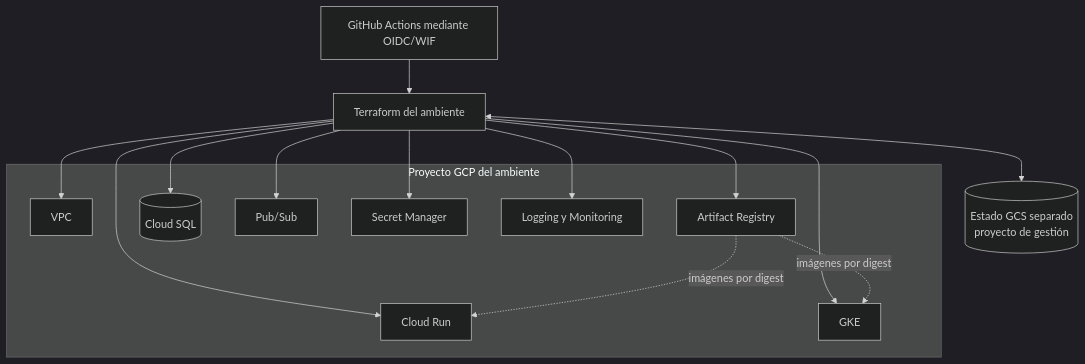
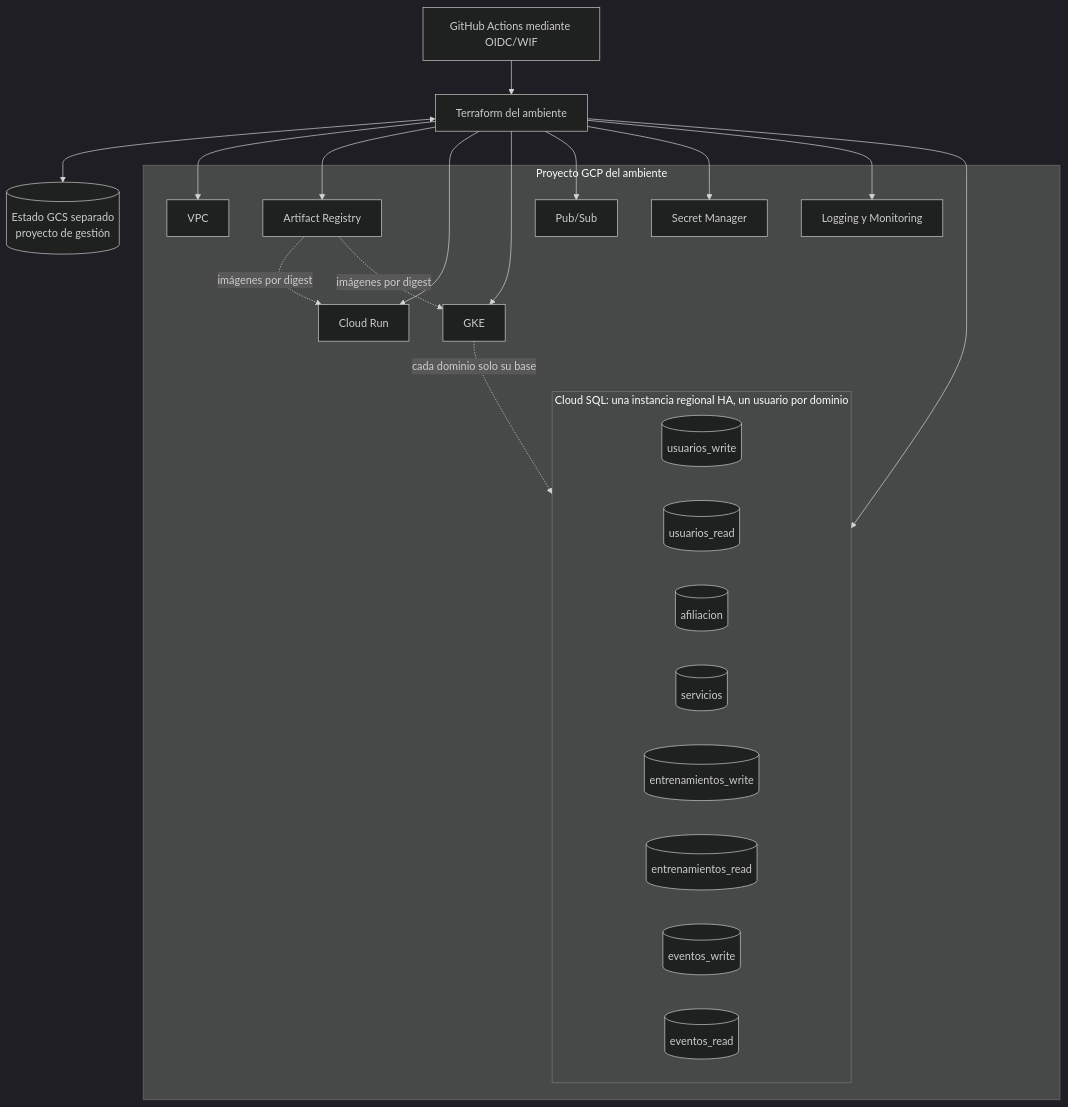
Before and after one commit to lfnavarroj1/sport-app-platform: the third of 4 diagrams in docs/arquitectura-terraform.md, drawn with Mermaid (dark theme). The commit also changed other lines of this file and 21 other files, not shown here.

````diff
--- a/docs/arquitectura-terraform.md
+++ b/docs/arquitectura-terraform.md
@@ -126,30 +152,40 @@
 ```mermaid
 flowchart TB
     GH[GitHub Actions mediante OIDC/WIF]
     TF[Terraform del ambiente]
     STATE[(Estado GCS separado<br/>proyecto de gestión)]
 
     subgraph GCP[Proyecto GCP del ambiente]
       NET[VPC]
       AR[Artifact Registry]
       RUN[Cloud Run]
       GKE[GKE]
-      SQL[(Cloud SQL)]
+      subgraph SQL[Cloud SQL: una instancia regional HA, un usuario por dominio]
+        uw[(usuarios_write)]
+        ur[(usuarios_read)]
+        af[(afiliacion)]
+        sv[(servicios)]
+        tw[(entrenamientos_write)]
+        tr[(entrenamientos_read)]
+        ew[(eventos_write)]
+        er[(eventos_read)]
+      end
       PS[Pub/Sub]
       SM[Secret Manager]
       OBS[Logging y Monitoring]
     end
 
     GH --> TF
     TF <--> STATE
     TF --> NET
     TF --> AR
     TF --> RUN
     TF --> GKE
     TF --> SQL
     TF --> PS
     TF --> SM
     TF --> OBS
     AR -. imágenes por digest .-> RUN
     AR -. imágenes por digest .-> GKE
+    GKE -. cada dominio solo su base .-> SQL
 ```
````
